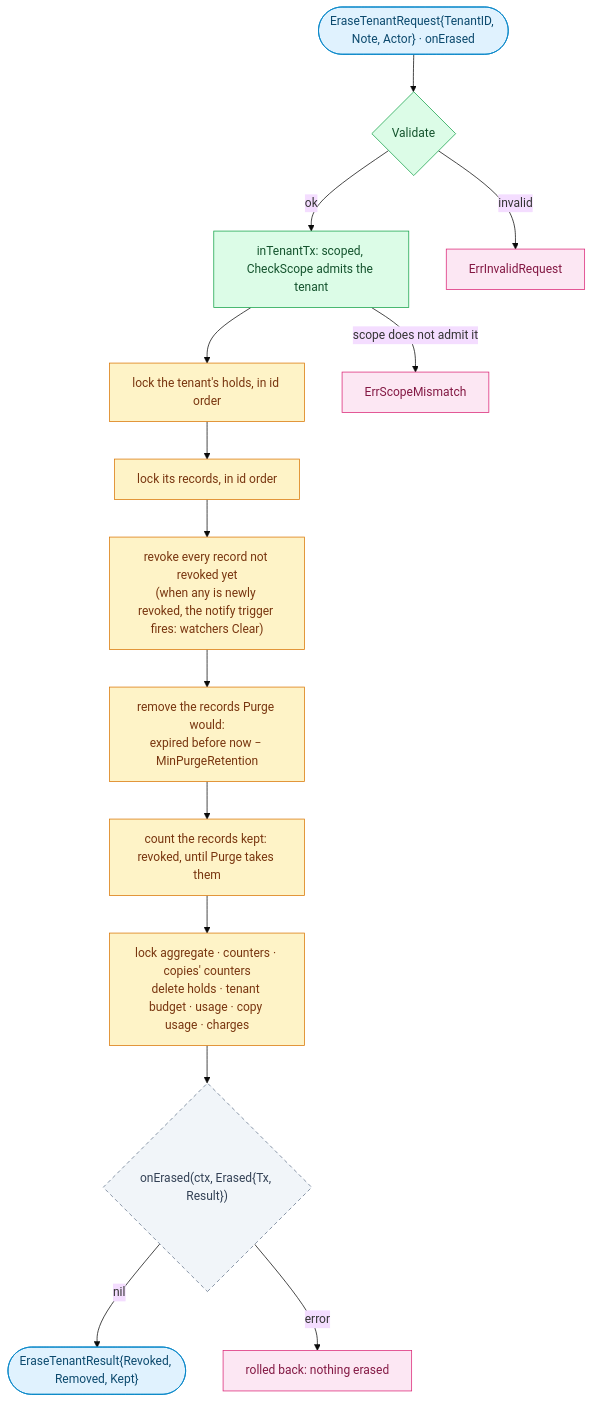
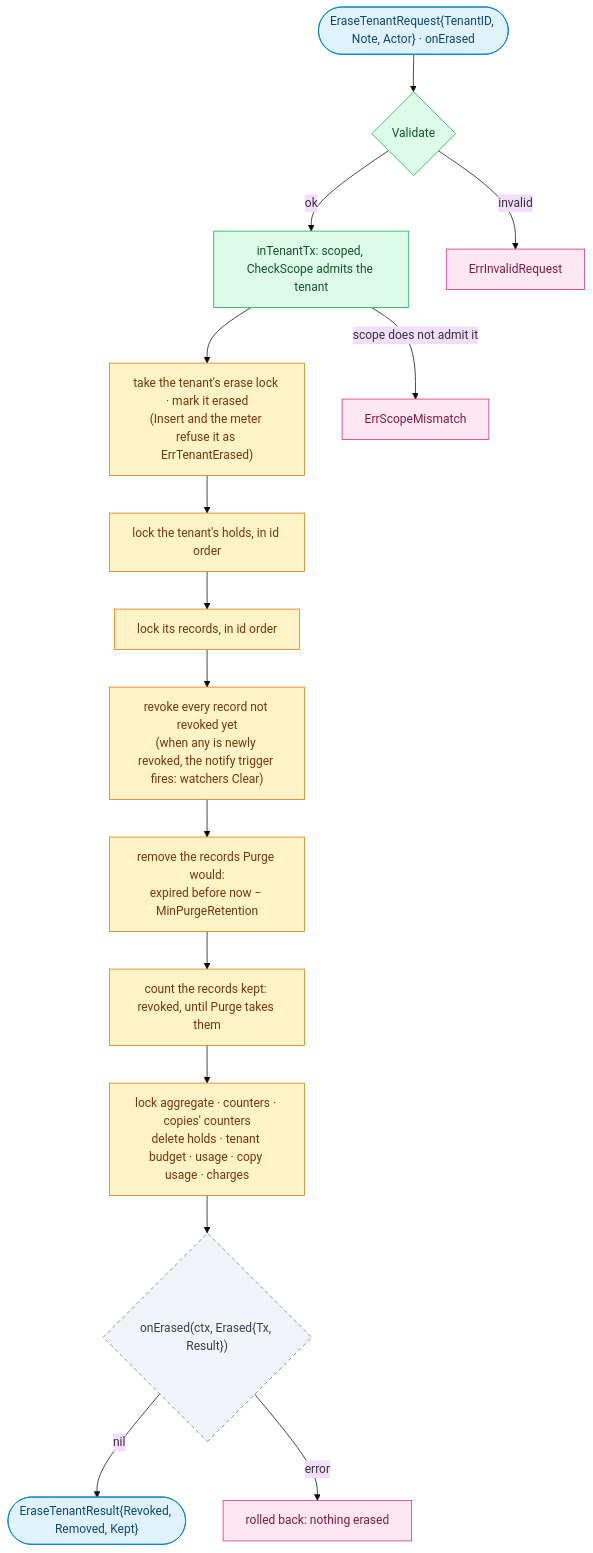
One commit to oleg-tkachuk/limes changed diagram 13 of 13 in docs/diagrams.md. Above: the diagram before and after it, drawn with Mermaid (base theme). The commit also changed other lines of this file, not shown here.

Commit message:
docs(diagrams): show the copy quota, the erase mark and the charge transaction's rules

````diff
--- a/docs/diagrams.md
+++ b/docs/diagrams.md
@@ -969,31 +1009,32 @@
 ```mermaid
 flowchart TB
     req(["EraseTenantRequest{TenantID, Note, Actor} · onErased"])
     val{"Validate"}
     tx["inTenantTx: scoped, CheckScope admits the tenant"]
+    mark["take the tenant's erase lock · mark it erased<br/>(Insert and the meter refuse it as ErrTenantErased)"]
     holds["lock the tenant's holds, in id order"]
     recs["lock its records, in id order"]
     revoke["revoke every record not revoked yet<br/>(when any is newly revoked, the notify trigger fires: watchers Clear)"]
     remove["remove the records Purge would:<br/>expired before now − MinPurgeRetention"]
     kept["count the records kept: revoked, until Purge takes them"]
     usage["lock aggregate · counters · copies' counters<br/>delete holds · tenant budget · usage · copy usage · charges"]
     cb{"onErased(ctx, Erased{Tx, Result})"}
     ok(["EraseTenantResult{Revoked, Removed, Kept}"])
     back["rolled back: nothing erased"]
 
-    req --> val -- ok --> tx --> holds --> recs --> revoke --> remove --> kept --> usage --> cb -- nil --> ok
+    req --> val -- ok --> tx --> mark --> holds --> recs --> revoke --> remove --> kept --> usage --> cb -- nil --> ok
     val -- invalid --> inval["ErrInvalidRequest"]
     tx -- "scope does not admit it" --> mismatch["ErrScopeMismatch"]
     cb -- error --> back
 
     classDef client fill:#E0F2FE,stroke:#0284C7,color:#0C4A6E
     classDef role fill:#DCFCE7,stroke:#16A34A,color:#14532D
     classDef optional fill:#F1F5F9,stroke:#64748B,color:#334155,stroke-dasharray:5 4
     classDef store fill:#FEF3C7,stroke:#D97706,color:#78350F
     classDef external fill:#FCE7F3,stroke:#DB2777,color:#831843
     class req,ok client
     class val,tx role
     class cb optional
-    class holds,recs,revoke,remove,kept,usage store
+    class mark,holds,recs,revoke,remove,kept,usage store
     class inval,mismatch,back external
 ```
````
